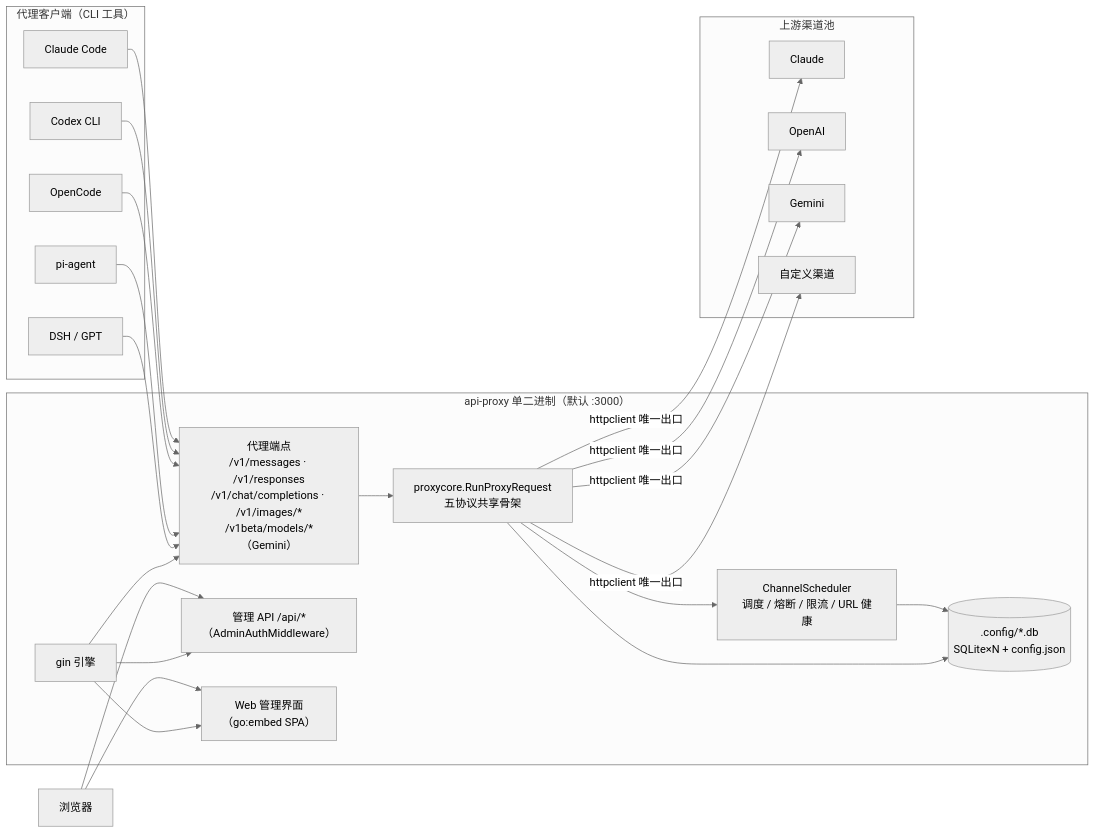
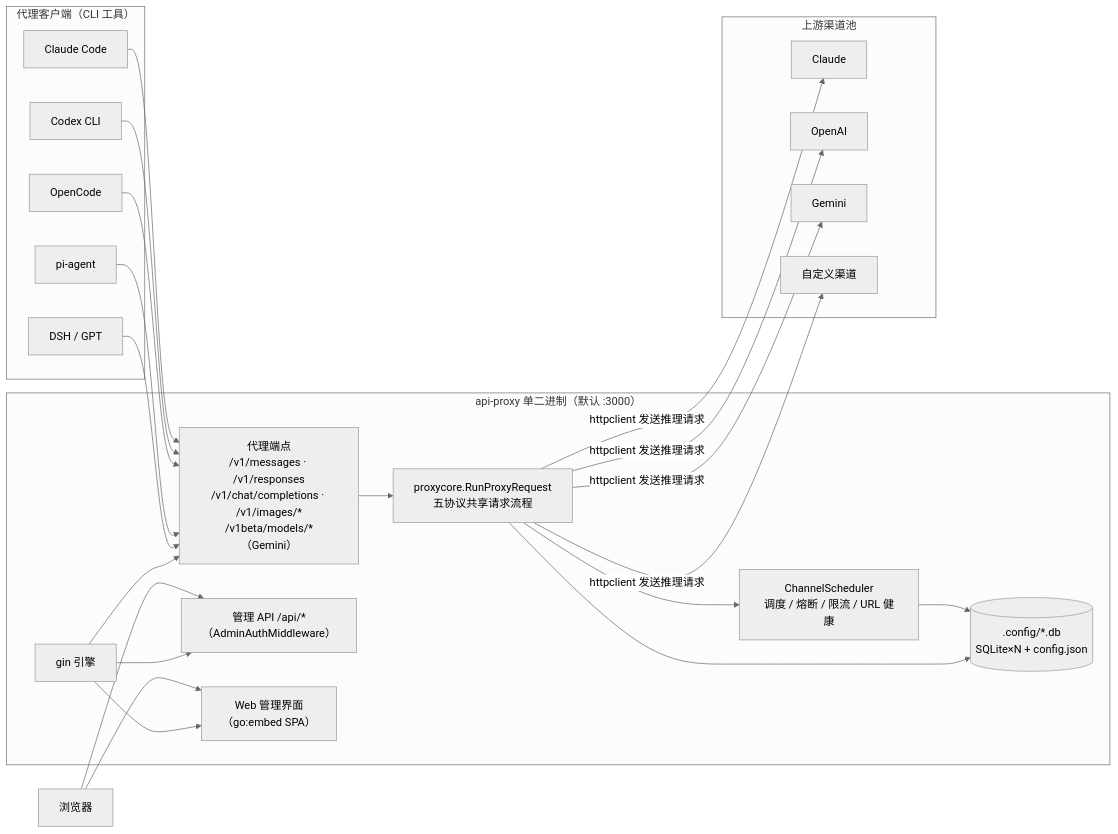
Before and after one commit to insistanan/api-proxy: the first of 5 diagrams in docs/架构说明.md, drawn with Mermaid (neutral theme). The commit also changed other lines of this file and 46 other files, not shown here.

````diff
--- a/docs/架构说明.md
+++ b/docs/架构说明.md
@@ -9,35 +9,35 @@
 ```mermaid
 flowchart LR
     subgraph clients["代理客户端（CLI 工具）"]
         CC["Claude Code"]
         CX["Codex CLI"]
         OC["OpenCode"]
         PI["pi-agent"]
         DSH["DSH / GPT"]
     end
 
     subgraph app["api-proxy 单二进制（默认 :3000）"]
         GIN["gin 引擎"]
         PROXY["代理端点<br/>/v1/messages · /v1/responses<br/>/v1/chat/completions · /v1/images/*<br/>/v1beta/models/*（Gemini）"]
         ADMIN["管理 API /api/*<br/>（AdminAuthMiddleware）"]
         WEB["Web 管理界面<br/>（go:embed SPA）"]
-        CORE["proxycore.RunProxyRequest<br/>五协议共享骨架"]
+        CORE["proxycore.RunProxyRequest<br/>五协议共享请求流程"]
         SCHED["ChannelScheduler<br/>调度 / 熔断 / 限流 / URL 健康"]
         STORE[(".config/*.db<br/>SQLite×N + config.json")]
     end
 
     subgraph upstream["上游渠道池"]
         U1["Claude"]
         U2["OpenAI"]
         U3["Gemini"]
         U4["自定义渠道"]
     end
 
     BROWSER["浏览器"] --> WEB & ADMIN
     CC & CX & OC & PI & DSH --> PROXY
     GIN --> PROXY & ADMIN & WEB
     PROXY --> CORE --> SCHED
-    CORE -->|httpclient 唯一出口| U1 & U2 & U3 & U4
+    CORE -->|httpclient 发送推理请求| U1 & U2 & U3 & U4
     SCHED --> STORE
     CORE --> STORE
 ```
````
